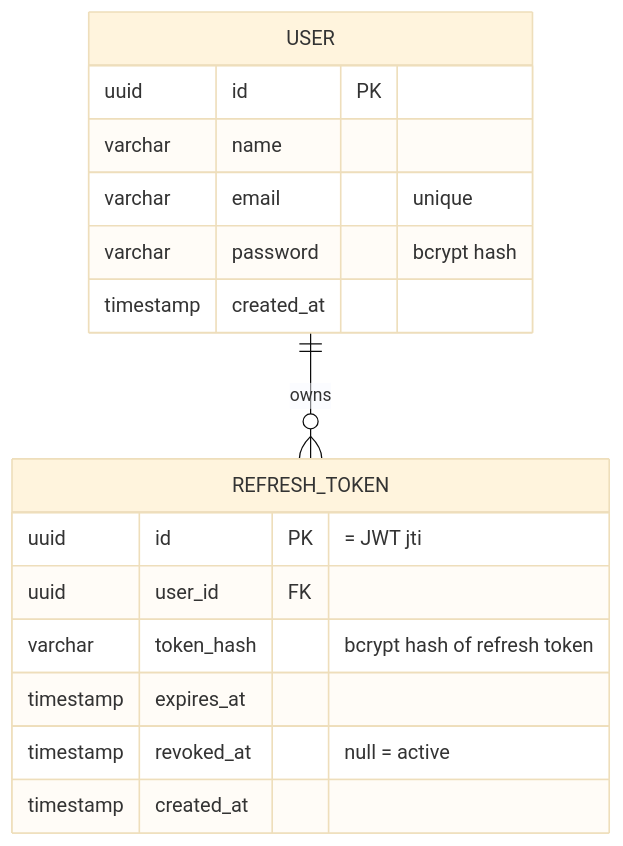
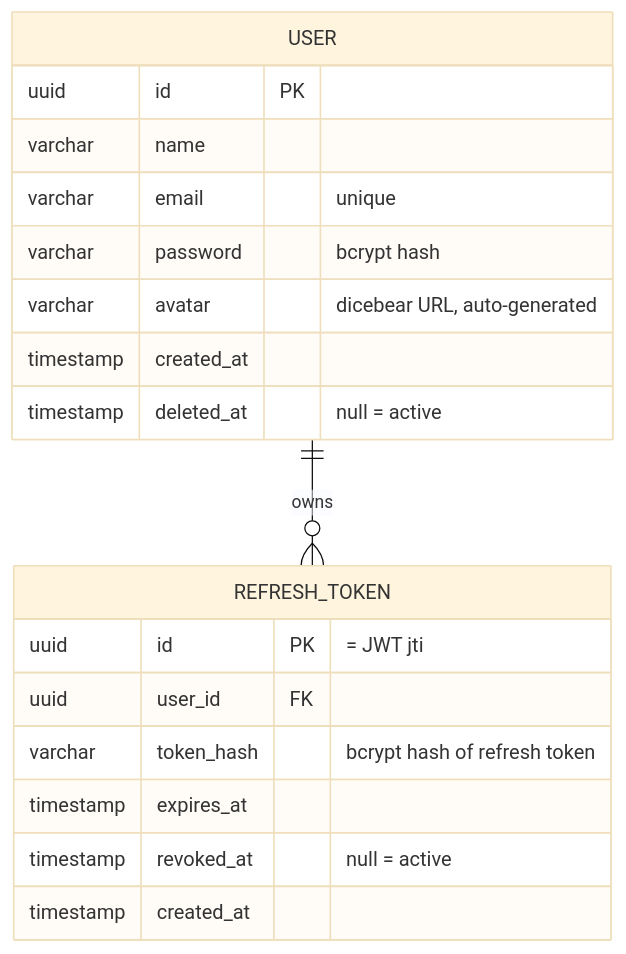
One commit to raunak-ray/LinkVault changed the second of 3 diagrams in api/docs/auth/01-overview.md. Above: the diagram before and after it, drawn with Mermaid (base theme). The commit also changed other lines of this file and 20 other files, not shown here.

````diff
--- a/api/docs/auth/01-overview.md
+++ b/api/docs/auth/01-overview.md
@@ -48,19 +48,21 @@
 ```mermaid
 erDiagram
     USER ||--o{ REFRESH_TOKEN : "owns"
     USER {
         uuid id PK
         varchar name
         varchar email "unique"
         varchar password "bcrypt hash"
+        varchar avatar "dicebear URL, auto-generated"
         timestamp created_at
+        timestamp deleted_at "null = active"
     }
     REFRESH_TOKEN {
         uuid id PK "= JWT jti"
         uuid user_id FK
         varchar token_hash "bcrypt hash of refresh token"
         timestamp expires_at
         timestamp revoked_at "null = active"
         timestamp created_at
     }
 ```
````
